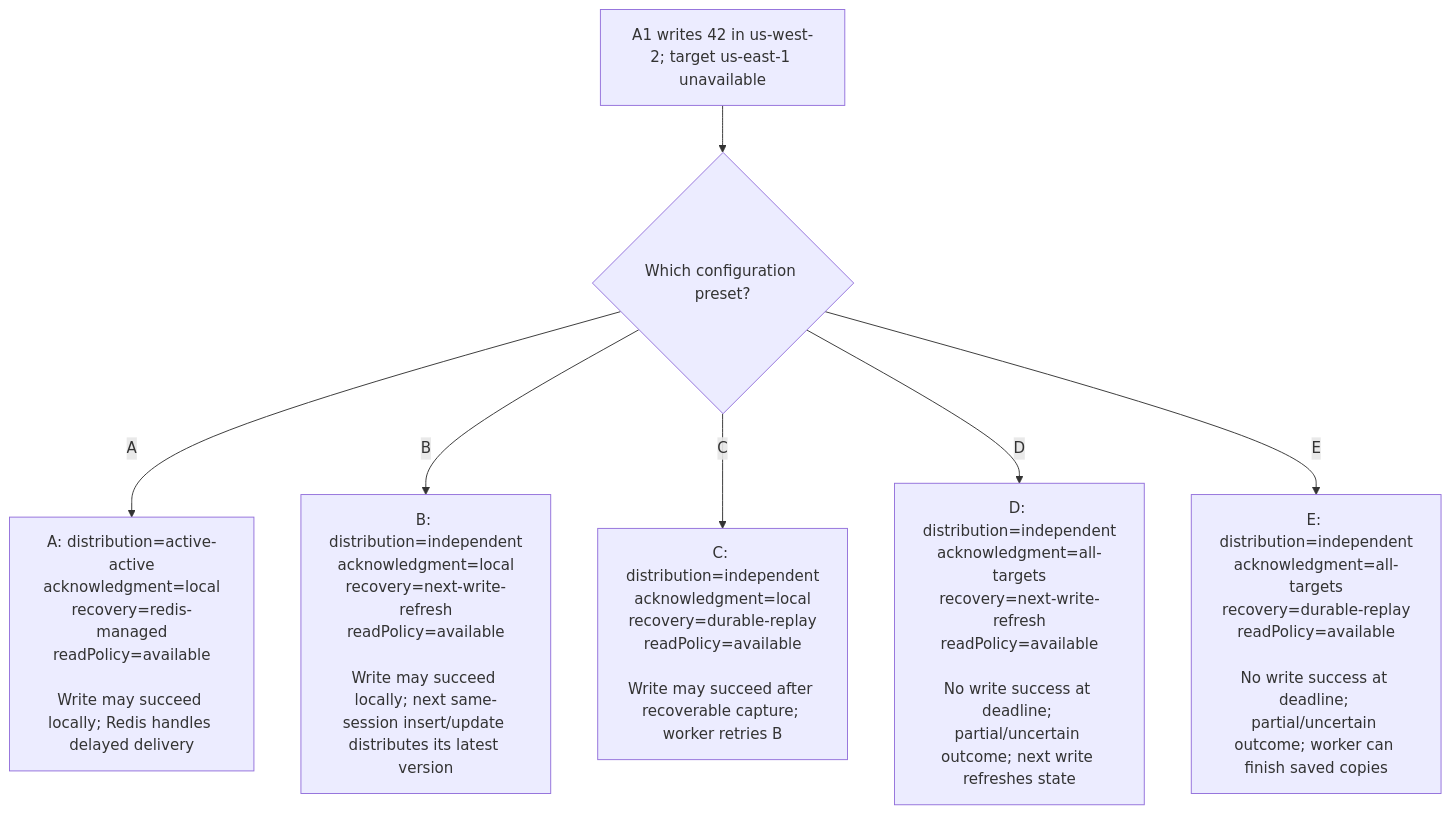
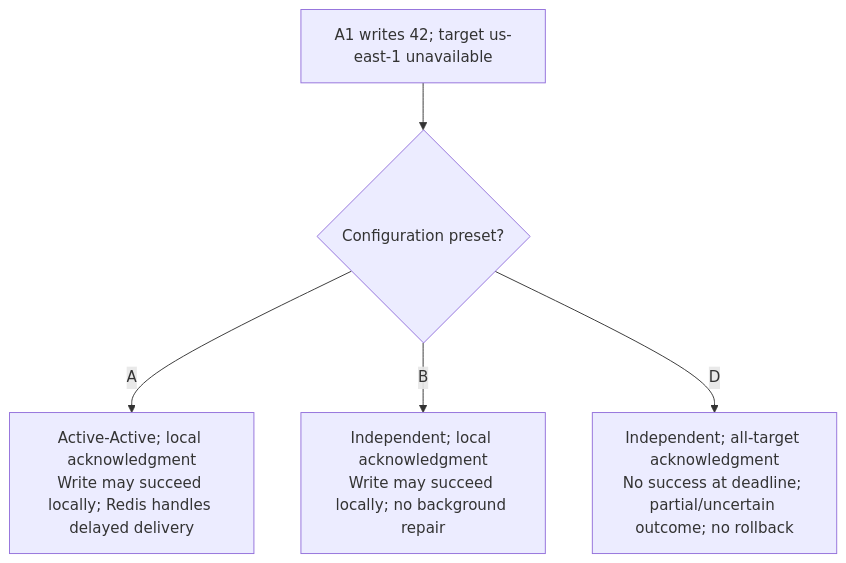
One commit to alberttwong/redis-multi-region-adapter changed the third of 4 diagrams in decisions.md. Above: the diagram before and after it, drawn with Mermaid. The commit also changed other lines of this file and 13 other files, not shown here.

````diff
--- a/decisions.md
+++ b/decisions.md
@@ -67,9 +41,7 @@
 ```mermaid
 flowchart TD
-    Write["A1 writes 42 in us-west-2; target us-east-1 unavailable"] --> Preset{"Which configuration preset?"}
-    Preset -->|A| A["A: distribution=active-active<br/>acknowledgment=local<br/>recovery=redis-managed<br/>readPolicy=available<br/><br/>Write may succeed locally; Redis handles delayed delivery"]
-    Preset -->|B| B["B: distribution=independent<br/>acknowledgment=local<br/>recovery=next-write-refresh<br/>readPolicy=available<br/><br/>Write may succeed locally; next same-session insert/update distributes its latest version"]
-    Preset -->|C| C["C: distribution=independent<br/>acknowledgment=local<br/>recovery=durable-replay<br/>readPolicy=available<br/><br/>Write may succeed after recoverable capture; worker retries B"]
-    Preset -->|D| D["D: distribution=independent<br/>acknowledgment=all-targets<br/>recovery=next-write-refresh<br/>readPolicy=available<br/><br/>No write success at deadline; partial/uncertain outcome; next write refreshes state"]
-    Preset -->|E| E["E: distribution=independent<br/>acknowledgment=all-targets<br/>recovery=durable-replay<br/>readPolicy=available<br/><br/>No write success at deadline; partial/uncertain outcome; worker can finish saved copies"]
+    Write["A1 writes 42; target us-east-1 unavailable"] --> Preset{"Configuration preset?"}
+    Preset -->|A| A["Active-Active; local acknowledgment<br/>Write may succeed locally; Redis handles delayed delivery"]
+    Preset -->|B| B["Independent; local acknowledgment<br/>Write may succeed locally; no background repair"]
+    Preset -->|D| D["Independent; all-target acknowledgment<br/>No success at deadline; partial/uncertain outcome; no rollback"]
 ```
````
